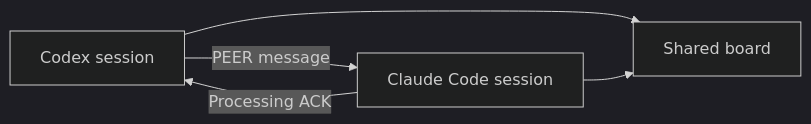
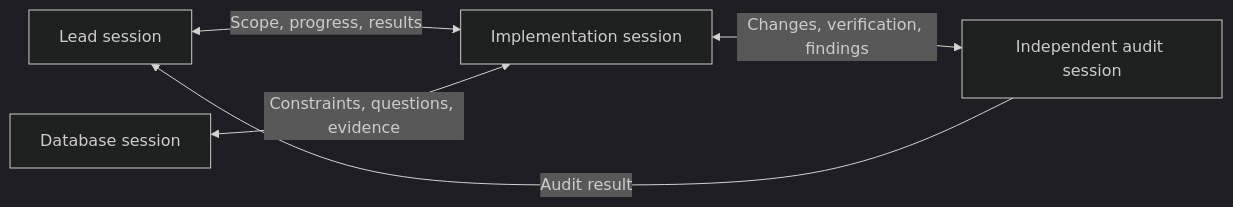
The diagram in README.en.md (jaeseongs95/agent-governance-suite), drawn with Mermaid (dark theme) before and after one commit. The commit also changed other lines of this file and 2 other files, not shown here.

````diff
--- a/README.en.md
+++ b/README.en.md
@@ -123,7 +19,7 @@
 ```mermaid
 flowchart LR
-    C["Codex session"] --> B["Shared board"]
-    L["Claude Code session"] --> B
-    C -->|"PEER message"| L
-    L -->|"Processing ACK"| C
+    L["Lead session"] <-->|"Scope, progress, results"| I["Implementation session"]
+    D["Database session"] <-->|"Constraints, questions, evidence"| I
+    I <-->|"Changes, verification, findings"| A["Independent audit session"]
+    A -->|"Audit result"| L
 ```
````
